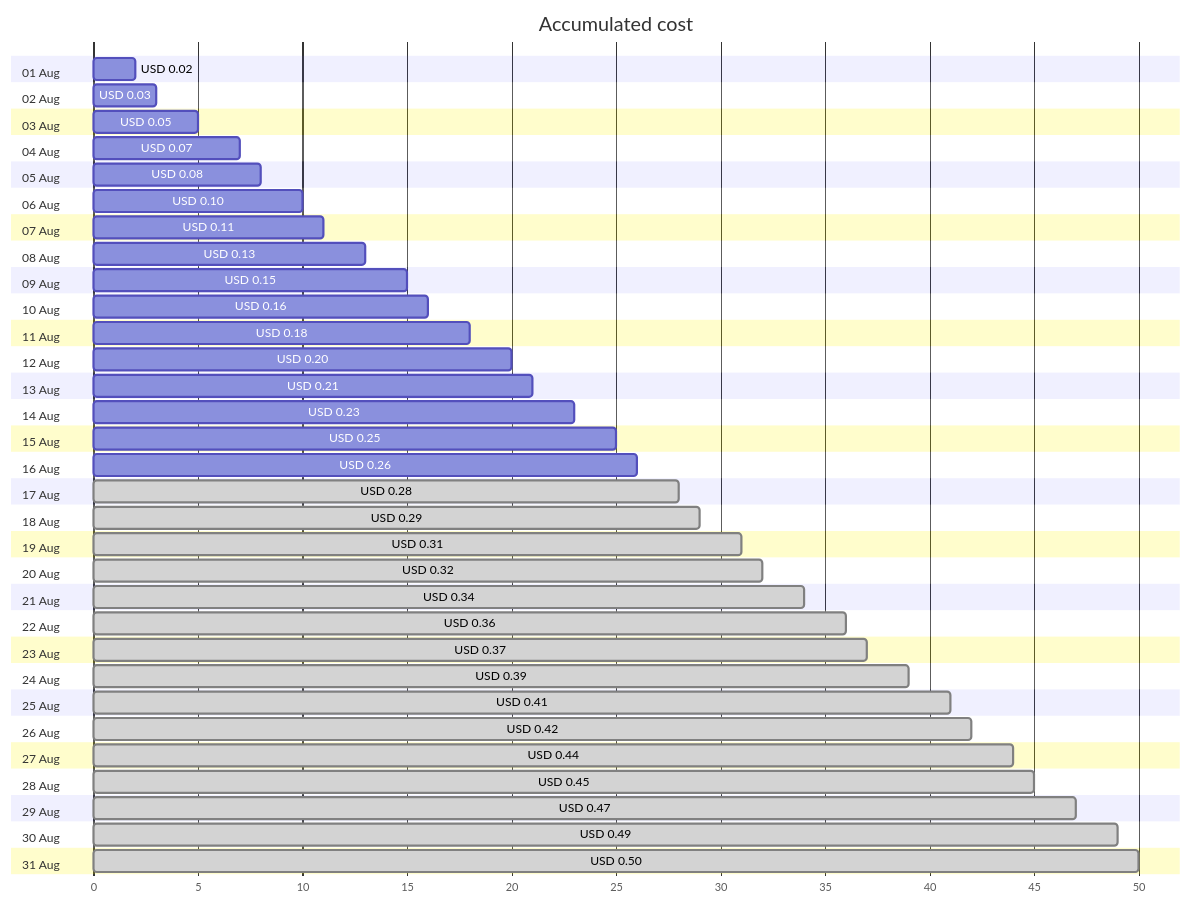
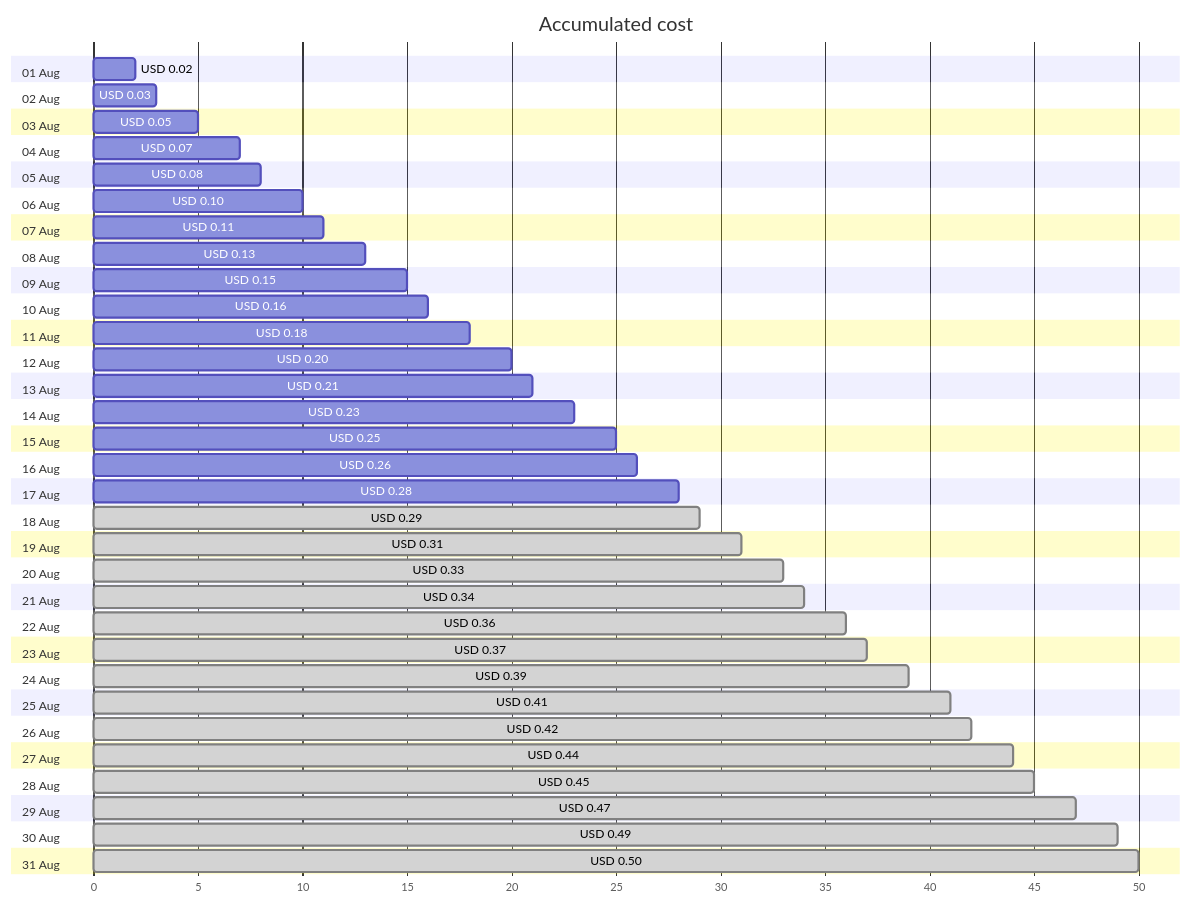
Before and after one commit to jpfulton/azure-personal-reports: the first of 4 diagrams in cost-reports/personal-dns/jpatrickfulton.com.md, drawn with Mermaid. The commit also changed other lines of this file and 2 other files, not shown here.

````diff
--- a/cost-reports/personal-dns/jpatrickfulton.com.md
+++ b/cost-reports/personal-dns/jpatrickfulton.com.md
@@ -20,68 +20,68 @@
 ```mermaid
 gantt
    title Accumulated cost
    dateFormat  X
    axisFormat %s
    section 01 Aug
    USD 0.02 :0, 2
    section 02 Aug
    USD 0.03 :0, 3
    section 03 Aug
    USD 0.05 :0, 5
    section 04 Aug
    USD 0.07 :0, 7
    section 05 Aug
    USD 0.08 :0, 8
    section 06 Aug
    USD 0.10 :0, 10
    section 07 Aug
    USD 0.11 :0, 11
    section 08 Aug
    USD 0.13 :0, 13
    section 09 Aug
    USD 0.15 :0, 15
    section 10 Aug
    USD 0.16 :0, 16
    section 11 Aug
    USD 0.18 :0, 18
    section 12 Aug
    USD 0.20 :0, 20
    section 13 Aug
    USD 0.21 :0, 21
    section 14 Aug
    USD 0.23 :0, 23
    section 15 Aug
    USD 0.25 :0, 25
    section 16 Aug
    USD 0.26 :0, 26
    section 17 Aug
-   USD 0.28 : done, 0, 28
+   USD 0.28 :0, 28
    section 18 Aug
    USD 0.29 : done, 0, 29
    section 19 Aug
    USD 0.31 : done, 0, 31
    section 20 Aug
-   USD 0.32 : done, 0, 32
+   USD 0.33 : done, 0, 33
    section 21 Aug
    USD 0.34 : done, 0, 34
    section 22 Aug
    USD 0.36 : done, 0, 36
    section 23 Aug
    USD 0.37 : done, 0, 37
    section 24 Aug
    USD 0.39 : done, 0, 39
    section 25 Aug
    USD 0.41 : done, 0, 41
    section 26 Aug
    USD 0.42 : done, 0, 42
    section 27 Aug
    USD 0.44 : done, 0, 44
    section 28 Aug
    USD 0.45 : done, 0, 45
    section 29 Aug
    USD 0.47 : done, 0, 47
    section 30 Aug
    USD 0.49 : done, 0, 49
    section 31 Aug
    USD 0.50 : done, 0, 50
 ```
````
